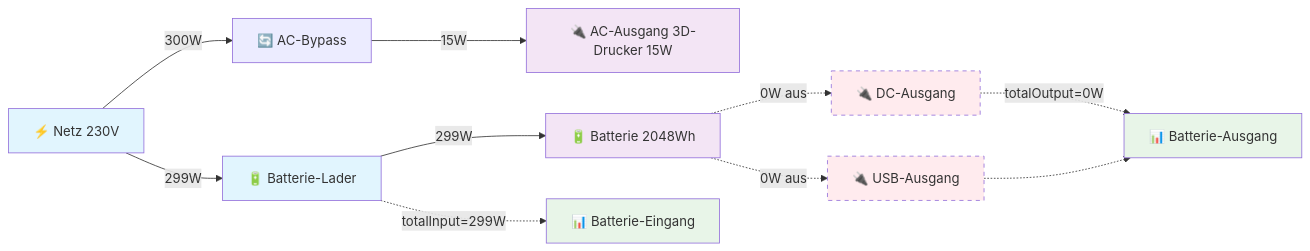
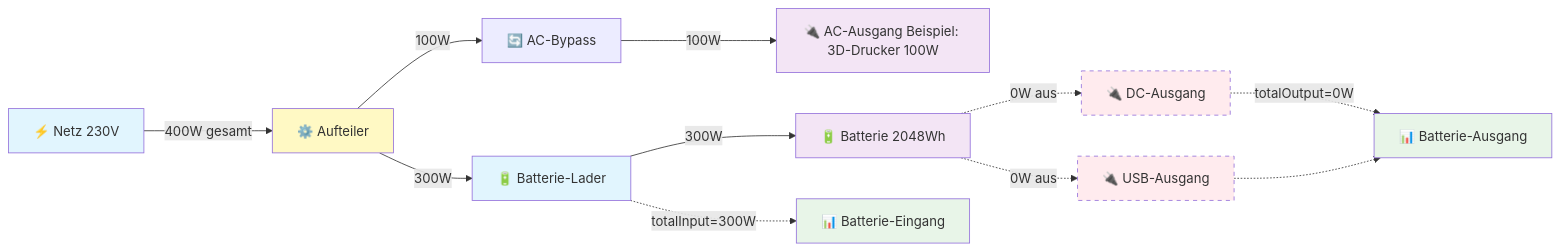
The first of 4 diagrams in README.md (tkaufmann/fossibot-ipsymcon), drawn with Mermaid before and after one commit. The commit also changed other lines of this file, not shown here.

Commit message:
Verbessere UPS-Bypass Diagramm - realistisches Beispiel
- 3D-Drucker Beispiel: 100W statt 15W (realistischer)
- Drehregler-Erklärung: Zeigt warum nur 300W zur Batterie gehen
- Klarer 'Aufteiler' statt verwirrende Batterie-Lader/Batterie Trennung
- Explizit als 'Beispiel-Szenario' markiert
- Alte 'Lädt gerade' Labels entfernt
- Bypass-Logik präzisiert: Verbrauch erscheint nicht in MQTT

````diff
--- a/README.md
+++ b/README.md
@@ -146,28 +148,32 @@
 ```mermaid
 flowchart LR
-    AC[⚡ Netz 230V] -->|300W| Bypass[🔄 AC-Bypass]
-    AC -->|299W| Charger[🔋 Batterie-Lader]
+    AC[⚡ Netz 230V] -->|400W gesamt| Split[⚙️ Aufteiler]
     
-    Bypass -->|15W| ACOut[🔌 AC-Ausgang 3D-Drucker 15W]
+    Split -->|100W| Bypass[🔄 AC-Bypass]
+    Split -->|300W| Charger[🔋 Batterie-Lader]
     
-    Charger -->|299W| Battery[🔋 Batterie 2048Wh]
+    Bypass -->|100W| ACOut[🔌 AC-Ausgang Beispiel: 3D-Drucker 100W]
+    
+    Charger -->|300W| Battery[🔋 Batterie 2048Wh]
     
     Battery -.->|0W aus| DCOut[🔌 DC-Ausgang]
     Battery -.->|0W aus| USBOut[🔌 USB-Ausgang]
     
     %% MQTT Register Mapping
-    Charger -.->|totalInput=299W| MQTT1[📊 Batterie-Eingang]
+    Charger -.->|totalInput=300W| MQTT1[📊 Batterie-Eingang]
     DCOut -.->|totalOutput=0W| MQTT2[📊 Batterie-Ausgang]
     USBOut -.-> MQTT2
     
     %% Styling
     classDef power fill:#e1f5fe
     classDef device fill:#f3e5f5
     classDef mqtt fill:#e8f5e8
     classDef off fill:#ffebee,stroke-dasharray: 5 5
+    classDef control fill:#fff9c4
     
     class AC,Charger power
     class ACOut,DCOut,USBOut,Battery device
     class MQTT1,MQTT2 mqtt
     class DCOut,USBOut off
+    class Split control
 ```
````
